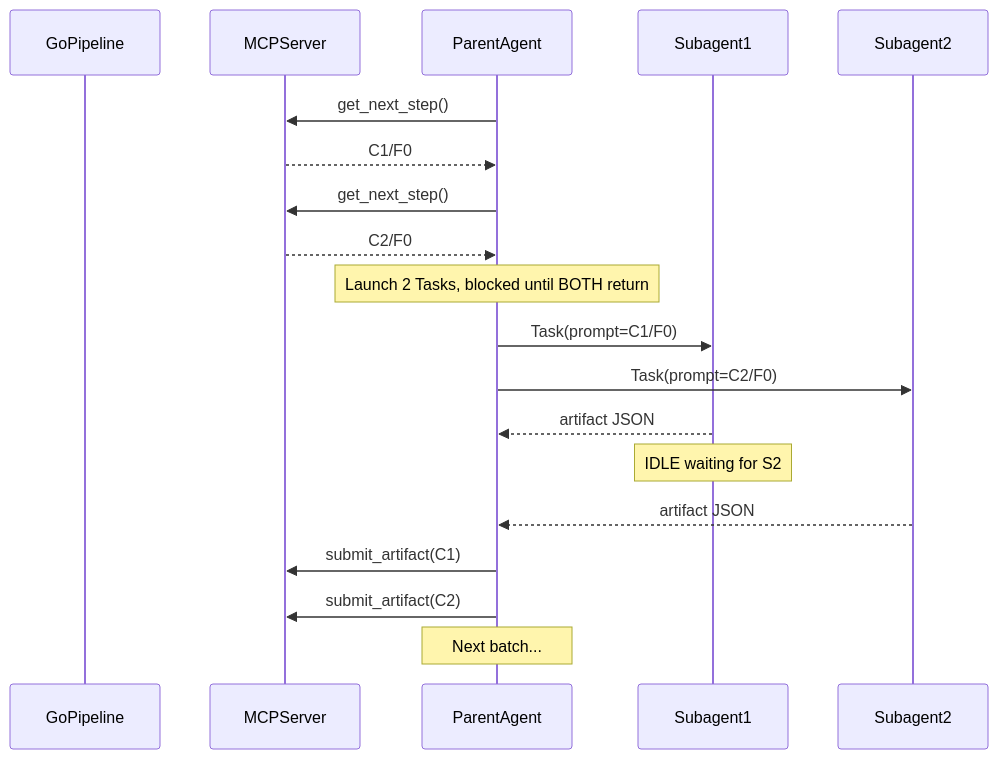
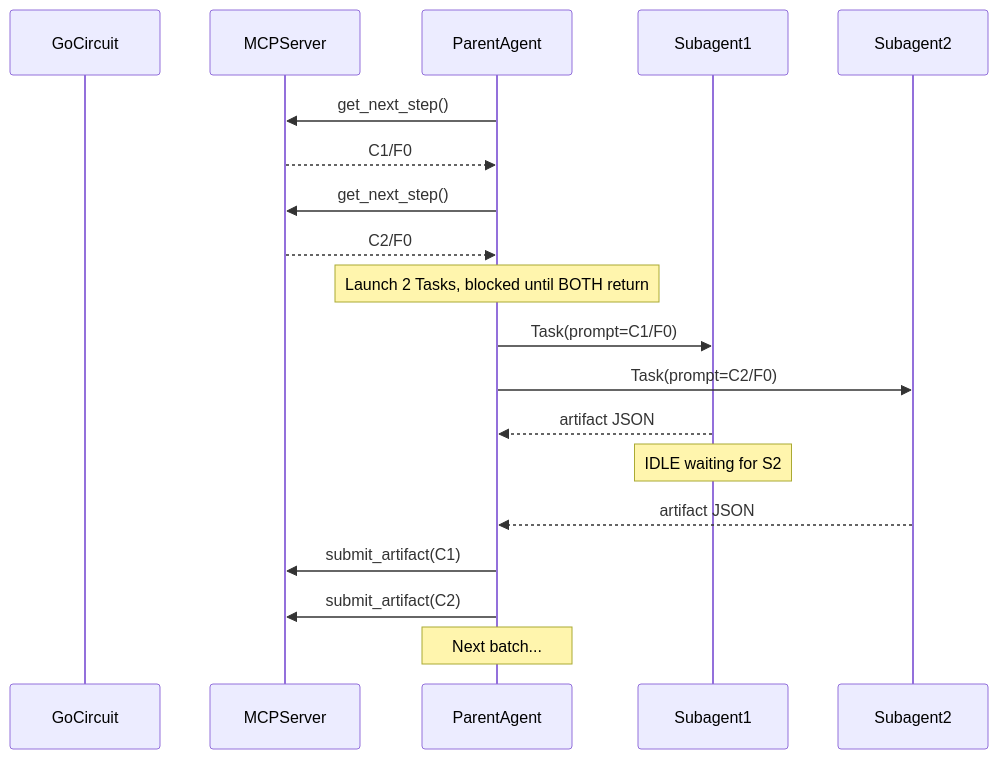
Before and after one commit to dpopsuev/asterisk: the first of 2 diagrams in .cursor/contracts/completed/calibration/asterisk-papercup-v2-hardening.md, drawn with Mermaid. The commit also changed other lines of this file and 184 other files, not shown here.

First line of the commit message:
refactor: pipeline→circuit rename + rca-pure-dsl Phase 3-4 advance

````diff
--- a/.cursor/contracts/completed/calibration/asterisk-papercup-v2-hardening.md
+++ b/.cursor/contracts/completed/calibration/asterisk-papercup-v2-hardening.md
@@ -35,22 +35,22 @@
 ```mermaid
 sequenceDiagram
-    participant Go as GoPipeline
+    participant Go as GoCircuit
     participant MCP as MCPServer
     participant Parent as ParentAgent
     participant S1 as Subagent1
     participant S2 as Subagent2
 
     Parent->>MCP: get_next_step()
     MCP-->>Parent: C1/F0
     Parent->>MCP: get_next_step()
     MCP-->>Parent: C2/F0
     Note over Parent: Launch 2 Tasks, blocked until BOTH return
     Parent->>S1: Task(prompt=C1/F0)
     Parent->>S2: Task(prompt=C2/F0)
     S1-->>Parent: artifact JSON
     Note over S1: IDLE waiting for S2
     S2-->>Parent: artifact JSON
     Parent->>MCP: submit_artifact(C1)
     Parent->>MCP: submit_artifact(C2)
     Note over Parent: Next batch...
 ```
````
